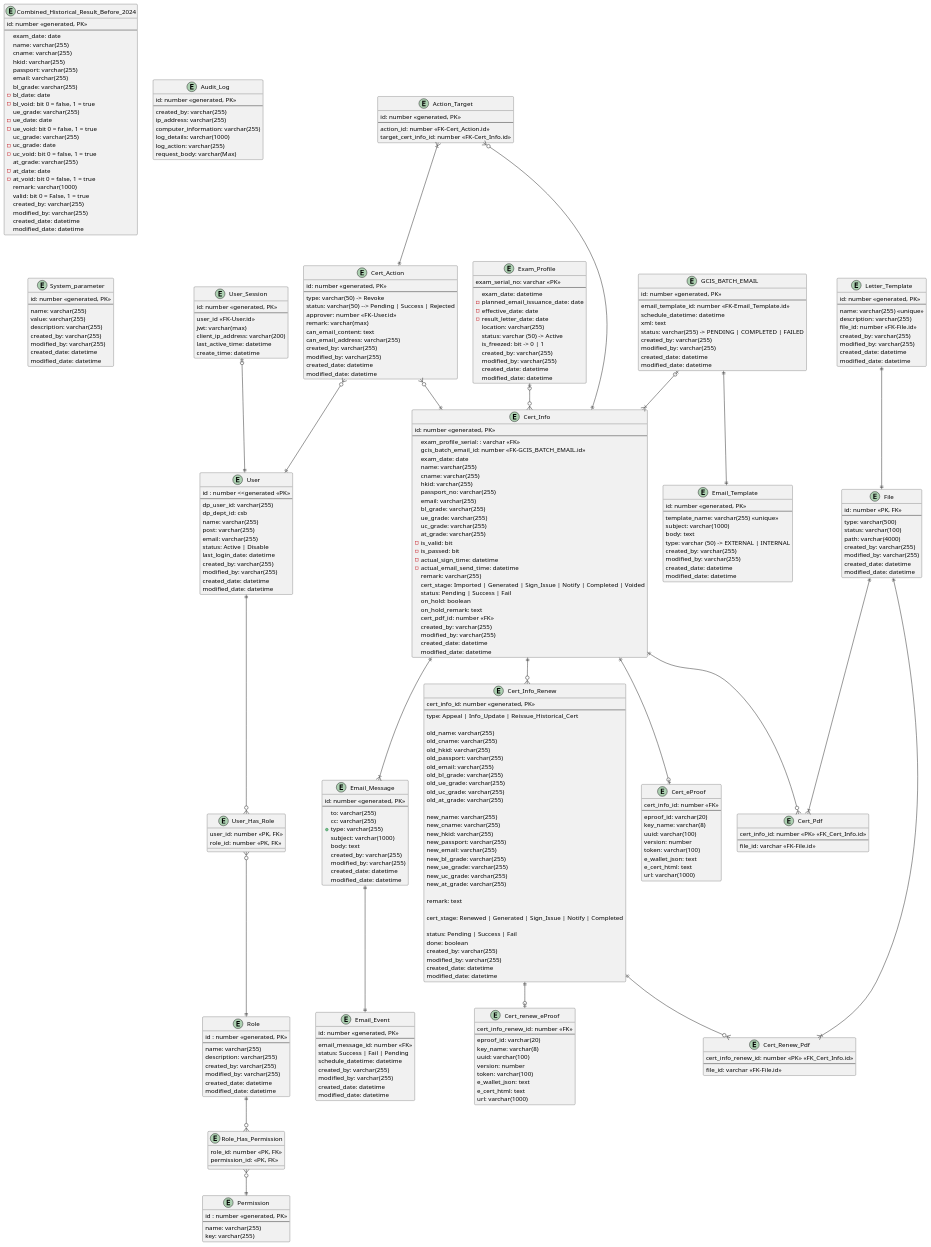
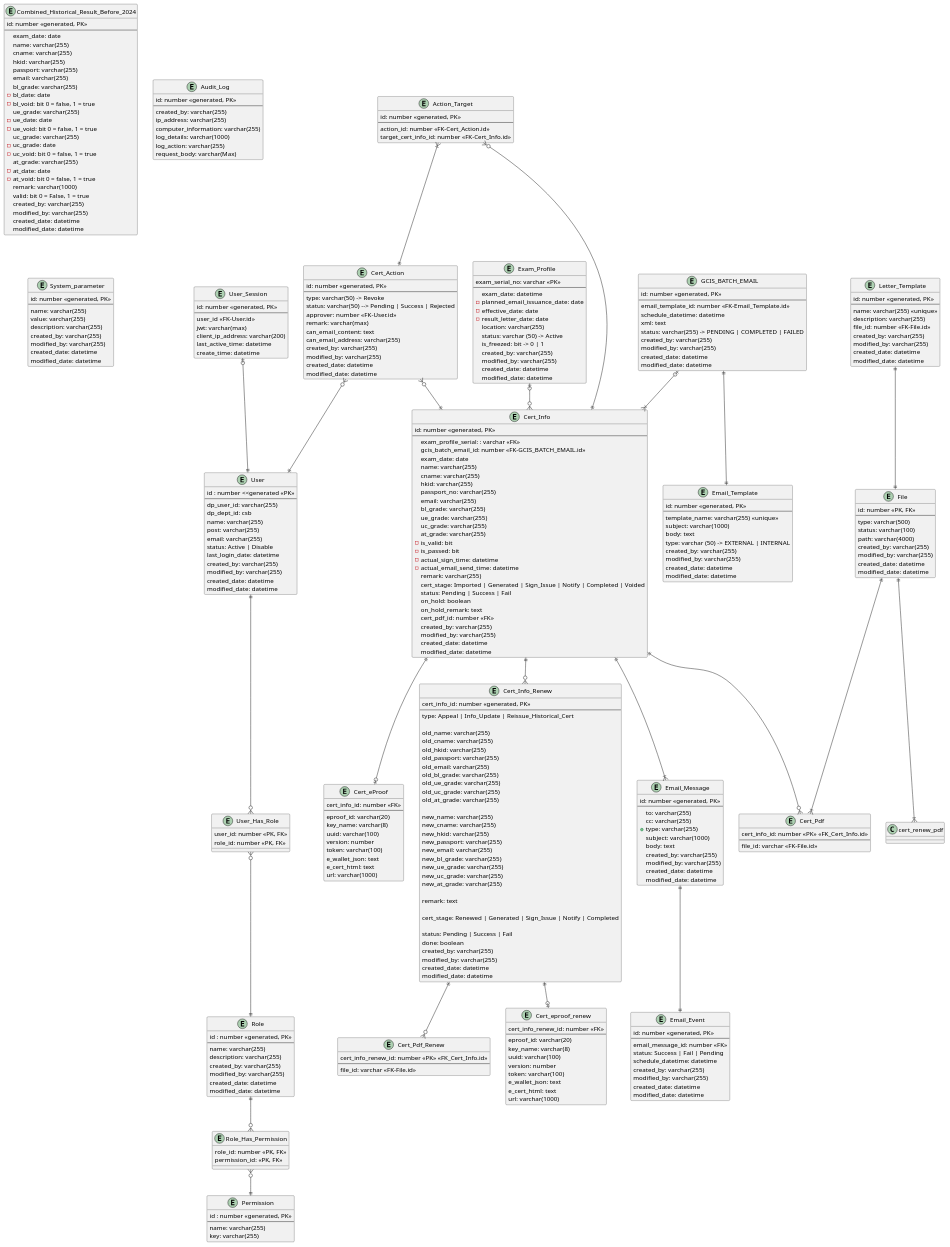
Before and after one commit to igsl-group/csb_eproof: the diagram in er-diagram.puml, drawn with PlantUML. The commit also changed 13 other files, not shown here.

```diff
--- a/er-diagram.puml
+++ b/er-diagram.puml
@@ -120,13 +120,13 @@
   file_id: varchar <<FK-File.id>>
 }
 
-entity "Cert_Renew_Pdf" as cert_renew_pdf {
+entity "Cert_Pdf_Renew" as cert_pdf_renew {
   cert_info_renew_id: number <<PK>> <<FK_Cert_Info.id>>
   --
   file_id: varchar <<FK-File.id>>
 }
 
-entity "Cert_renew_eProof" as cert_renew_eproof {
+entity "Cert_eproof_renew" as cert_eproof_renew {
   cert_info_renew_id: number <<FK>>
   --
   eproof_id: varchar(20)
@@ -354,8 +354,8 @@
 file ||--|{ cert_pdf
 
 file ||--|{ cert_renew_pdf
-cert_info_renew ||--o{ cert_renew_pdf
-cert_info_renew ||--o| cert_renew_eproof
+cert_info_renew ||--o{ cert_pdf_renew
+cert_info_renew ||--o| cert_eproof_renew
 
 gcis_batch_email ||--|| email_template
 gcis_batch_email |o--|{ cert_info
```
